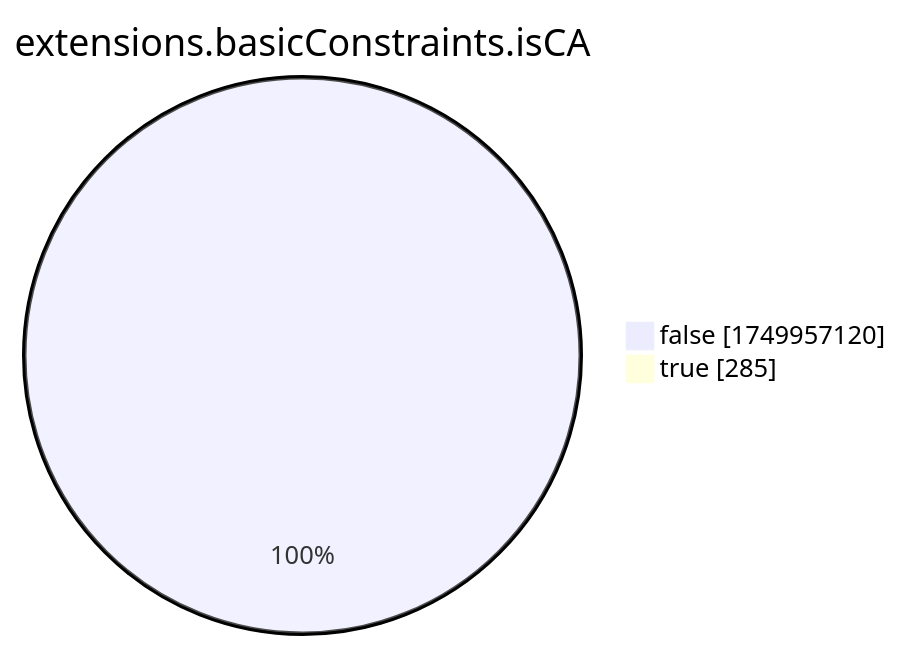
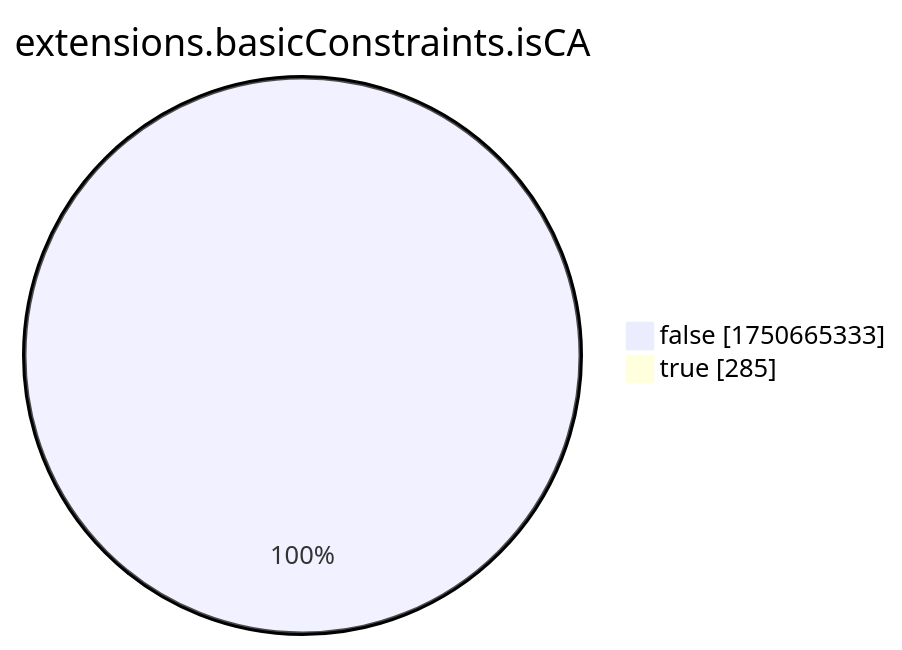
Before and after one commit to christiankrug/ctmonitor_visualization: the eighth of 15 diagrams in xenon2022/README.md, drawn with Mermaid. The commit also changed other lines of this file, not shown here.

````diff
--- a/xenon2022/README.md
+++ b/xenon2022/README.md
@@ -2867,6 +2867,6 @@
 ```mermaid
 pie showData
 title extensions.basicConstraints.isCA
-"false" :1749957120
+"false" :1750665333
 "true" :285
 ```
````
